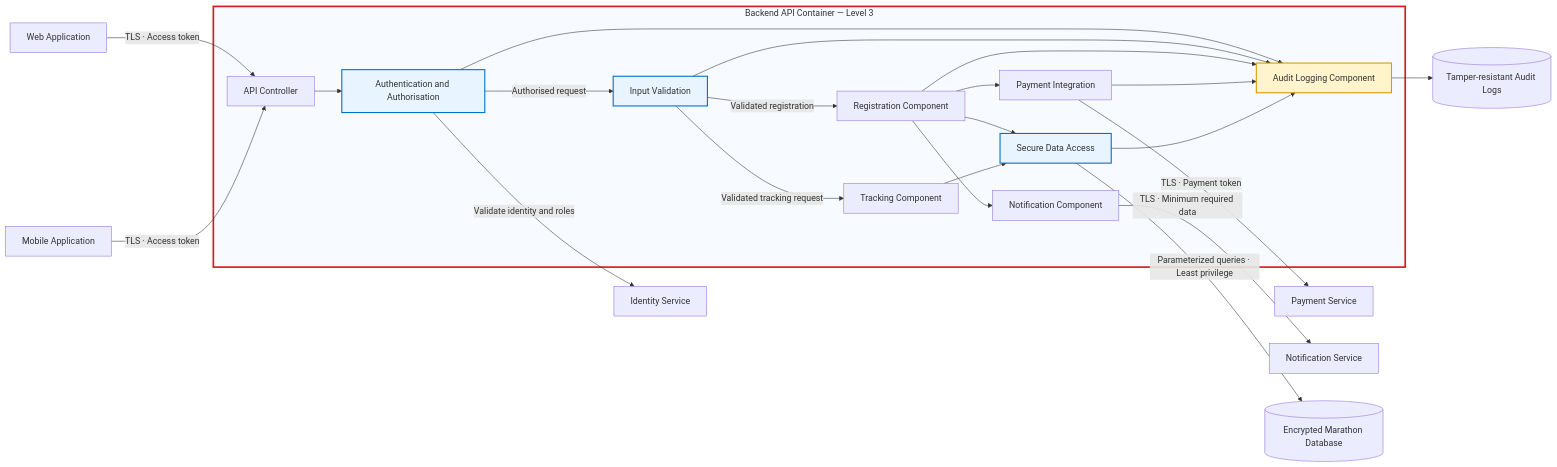
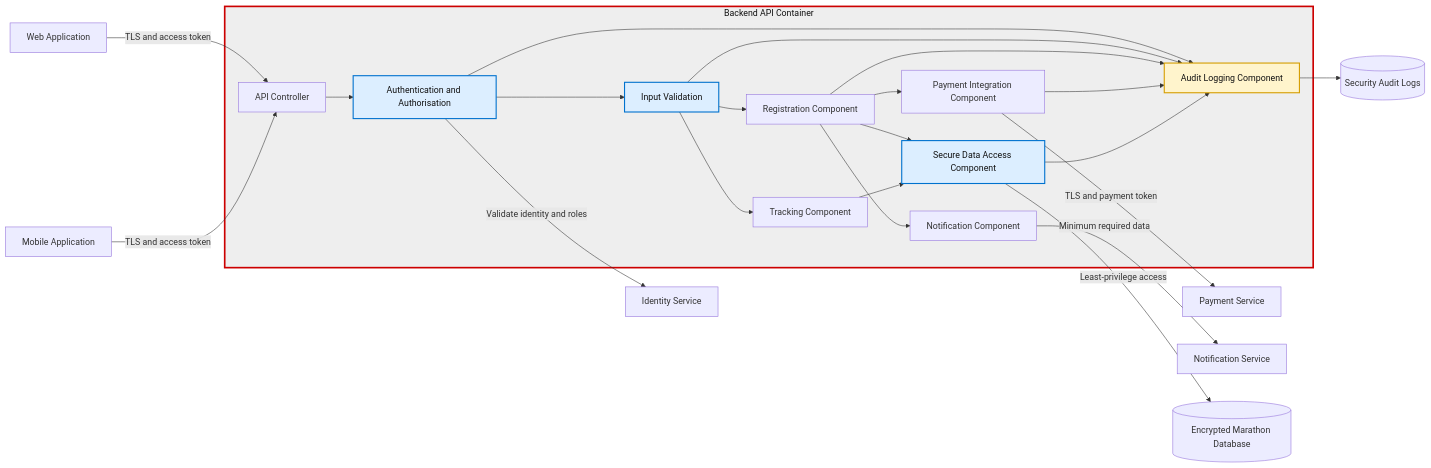
Before and after one commit to Georges034302/Templates: the fourth of 4 diagrams in sample-mermaid.md, drawn with Mermaid. The commit also changed other lines of this file, not shown here.

````diff
--- a/sample-mermaid.md
+++ b/sample-mermaid.md
@@ -243,56 +242,56 @@
 ```mermaid
 flowchart LR
     Web[Web Application]
     Mobile[Mobile Application]
-    Identity[Identity Service]
-    Payment[Payment Service]
-    Notify[Notification Service]
-    DB[(Encrypted Marathon Database)]
-    Logs[(Tamper-resistant Audit Logs)]
+    IdentityService[Identity Service]
+    PaymentService[Payment Service]
+    NotificationService[Notification Service]
+    Database[(Encrypted Marathon Database)]
+    SecurityLogs[(Security Audit Logs)]
 
-    subgraph API["Backend API Container — Level 3"]
-        Gateway[API Controller]
-        Auth[Authentication and Authorisation]
+    subgraph BackendAPI[Backend API Container]
+        Controller[API Controller]
+        Authentication[Authentication and Authorisation]
         Validation[Input Validation]
         Registration[Registration Component]
-        PaymentIntegration[Payment Integration]
+        PaymentIntegration[Payment Integration Component]
         Tracking[Tracking Component]
-        Notification[Notification Component]
-        DataAccess[Secure Data Access]
-        Audit[Audit Logging Component]
+        Notifications[Notification Component]
+        DataAccess[Secure Data Access Component]
+        AuditLogging[Audit Logging Component]
     end
 
-    Web -->|TLS · Access token| Gateway
-    Mobile -->|TLS · Access token| Gateway
+    Web -->|TLS and access token| Controller
+    Mobile -->|TLS and access token| Controller
 
-    Gateway --> Auth
-    Auth -->|Validate identity and roles| Identity
-    Auth -->|Authorised request| Validation
+    Controller --> Authentication
+    Authentication -->|Validate identity and roles| IdentityService
+    Authentication --> Validation
 
-    Validation -->|Validated registration| Registration
-    Validation -->|Validated tracking request| Tracking
+    Validation --> Registration
+    Validation --> Tracking
 
     Registration --> PaymentIntegration
-    PaymentIntegration -->|TLS · Payment token| Payment
+    PaymentIntegration -->|TLS and payment token| PaymentService
 
     Registration --> DataAccess
     Tracking --> DataAccess
-    DataAccess -->|Parameterized queries · Least privilege| DB
+    DataAccess -->|Least-privilege access| Database
 
-    Registration --> Notification
-    Notification -->|TLS · Minimum required data| Notify
+    Registration --> Notifications
+    Notifications -->|Minimum required data| NotificationService
 
-    Auth --> Audit
-    Validation --> Audit
-    Registration --> Audit
-    PaymentIntegration --> Audit
-    DataAccess --> Audit
-    Audit --> Logs
+    Authentication --> AuditLogging
+    Validation --> AuditLogging
+    Registration --> AuditLogging
+    PaymentIntegration --> AuditLogging
+    DataAccess --> AuditLogging
+    AuditLogging --> SecurityLogs
 
-    style API fill:#f7fbff,stroke:#d71920,stroke-width:3px
-    style Auth fill:#e8f4ff,stroke:#0072ce,stroke-width:2px
-    style Validation fill:#e8f4ff,stroke:#0072ce,stroke-width:2px
-    style DataAccess fill:#e8f4ff,stroke:#0072ce,stroke-width:2px
-    style Audit fill:#fff4cc,stroke:#d69e00,stroke-width:2px
+    style BackendAPI fill:#eeeeee,stroke:#cc0000,stroke-width:3px,color:#111111
+    style Authentication fill:#dceeff,stroke:#0072ce,stroke-width:2px,color:#111111
+    style Validation fill:#dceeff,stroke:#0072ce,stroke-width:2px,color:#111111
+    style DataAccess fill:#dceeff,stroke:#0072ce,stroke-width:2px,color:#111111
+    style AuditLogging fill:#fff4cc,stroke:#d69e00,stroke-width:2px,color:#111111
 
 ```
````
